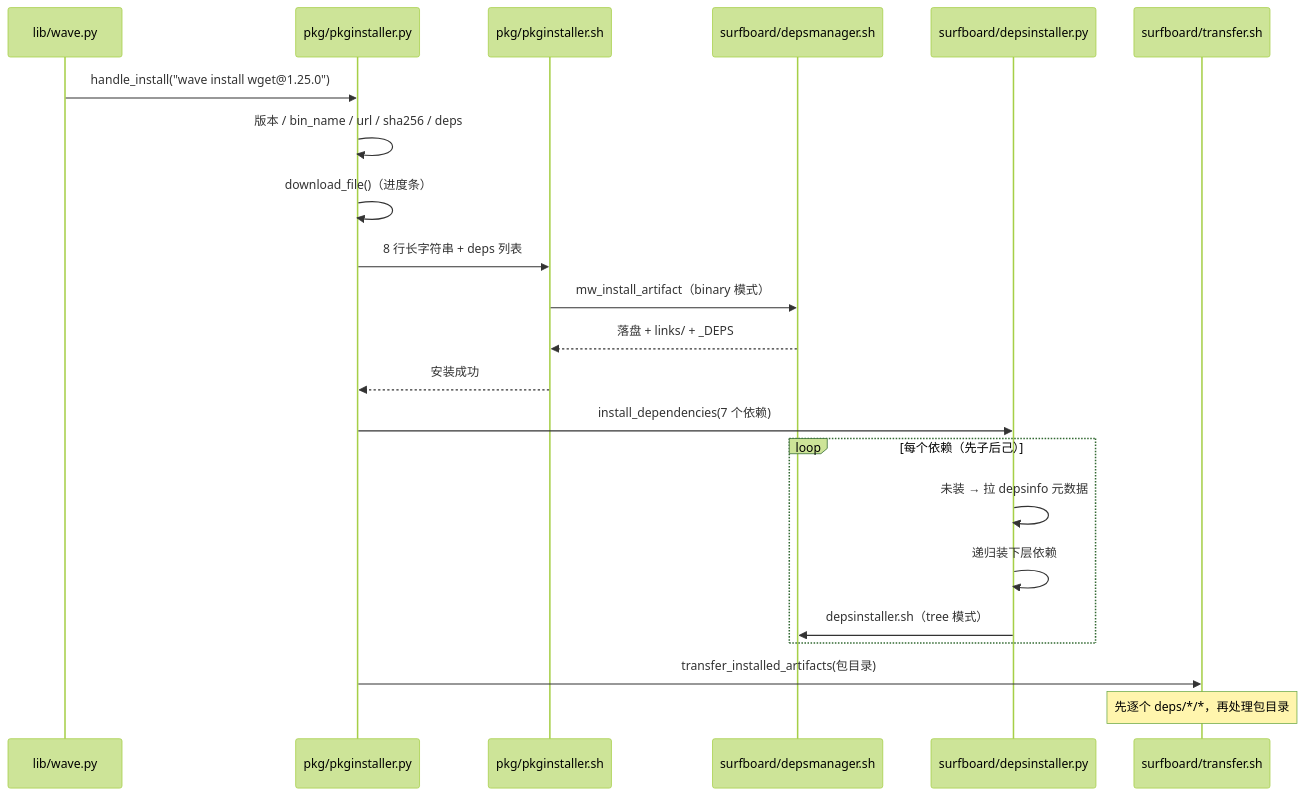
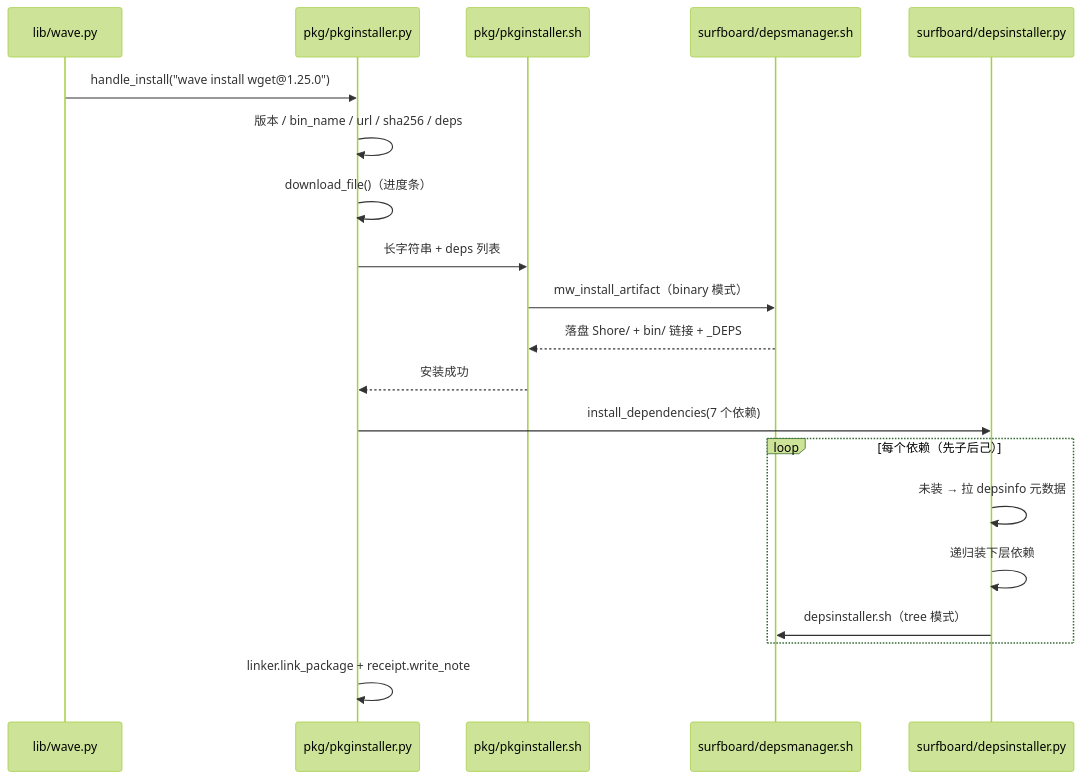
The diagram in docs/PROJECT_CONTEXT.md (SummerwaveOrg/Summerwave), drawn with Mermaid (forest theme) before and after one commit. The commit also changed other lines of this file and 52 other files, not shown here.

First line of the commit message:
清理过时注释与残留引用：links/ → bin/、pkginfo_<arch> → pkginfo + 瓶子标签、VERSION.json → var/config.sh

````diff
--- a/docs/PROJECT_CONTEXT.md
+++ b/docs/PROJECT_CONTEXT.md
@@ -273,25 +282,23 @@
 ```mermaid
 sequenceDiagram
     participant W as lib/wave.py
     participant P as pkg/pkginstaller.py
     participant S as pkg/pkginstaller.sh
     participant M as surfboard/depsmanager.sh
     participant D as surfboard/depsinstaller.py
-    participant X as surfboard/transfer.sh
 
     W->>P: handle_install("wave install wget@1.25.0")
     P->>P: 版本 / bin_name / url / sha256 / deps
     P->>P: download_file()（进度条）
-    P->>S: 8 行长字符串 + deps 列表
+    P->>S: 长字符串 + deps 列表
     S->>M: mw_install_artifact（binary 模式）
-    M-->>S: 落盘 + links/ + _DEPS
+    M-->>S: 落盘 Shore/ + bin/ 链接 + _DEPS
     S-->>P: 安装成功
     P->>D: install_dependencies(7 个依赖)
     loop 每个依赖（先子后己）
         D->>D: 未装 → 拉 depsinfo 元数据
         D->>D: 递归装下层依赖
         D->>M: depsinstaller.sh（tree 模式）
     end
-    P->>X: transfer_installed_artifacts(包目录)
-    Note over X: 先逐个 deps/*/*，再处理包目录
+    P->>P: linker.link_package + receipt.write_note
 ```
````
